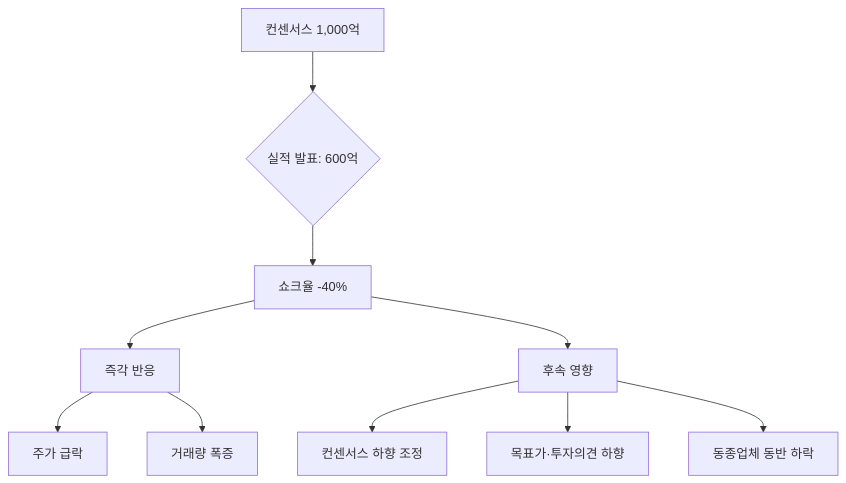
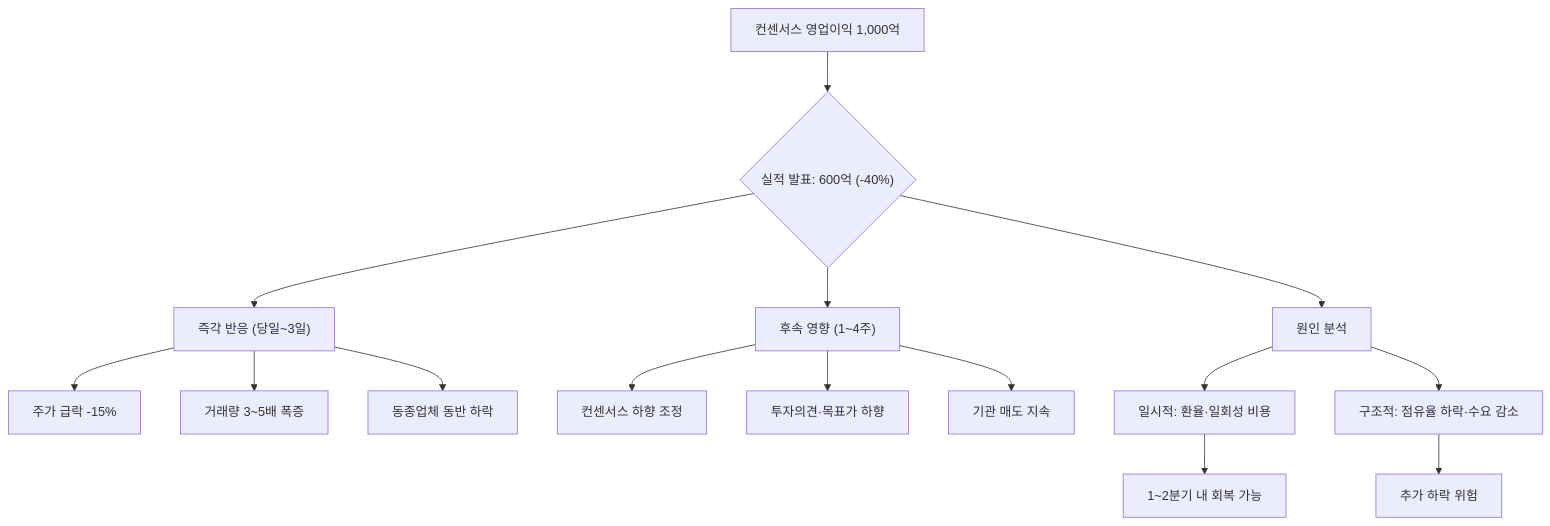
One commit to yeongseon/stock-visual-note changed the diagram in content/stock-terms/ko/level-08-industry-macro/earnings-shock.md. Above: the diagram before and after it, drawn with Mermaid. The commit also changed other lines of this file and 9 other files, not shown here.

Commit message:
content: rewrite level-08 (10 articles) — richer diagrams, realistic scenarios, blog tone

````diff
--- a/content/stock-terms/ko/level-08-industry-macro/earnings-shock.md
+++ b/content/stock-terms/ko/level-08-industry-macro/earnings-shock.md
@@ -42,12 +43,18 @@
 ```mermaid
 graph TD
-    A["컨센서스 1,000억"] --> B{"실적 발표: 600억"}
-    B --> C["쇼크율 -40%"]
-    C --> D["즉각 반응"]
-    C --> E["후속 영향"]
-    D --> D1["주가 급락"]
-    D --> D2["거래량 폭증"]
-    E --> E1["컨센서스 하향 조정"]
-    E --> E2["목표가·투자의견 하향"]
-    E --> E3["동종업체 동반 하락"]
+    A["컨센서스 영업이익 1,000억"]
+    A --> B{"실적 발표: 600억 (-40%)"}
+    B --> C["즉각 반응 (당일~3일)"]
+    B --> D["후속 영향 (1~4주)"]
+    B --> E["원인 분석"]
+    C --> C1["주가 급락 -15%"]
+    C --> C2["거래량 3~5배 폭증"]
+    C --> C3["동종업체 동반 하락"]
+    D --> D1["컨센서스 하향 조정"]
+    D --> D2["투자의견·목표가 하향"]
+    D --> D3["기관 매도 지속"]
+    E --> E1["일시적: 환율·일회성 비용"]
+    E --> E2["구조적: 점유율 하락·수요 감소"]
+    E1 --> F["1~2분기 내 회복 가능"]
+    E2 --> G["추가 하락 위험"]
 ```
````
